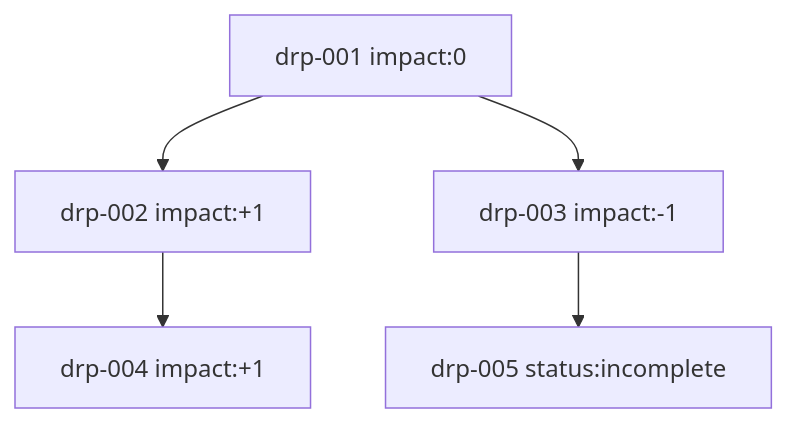
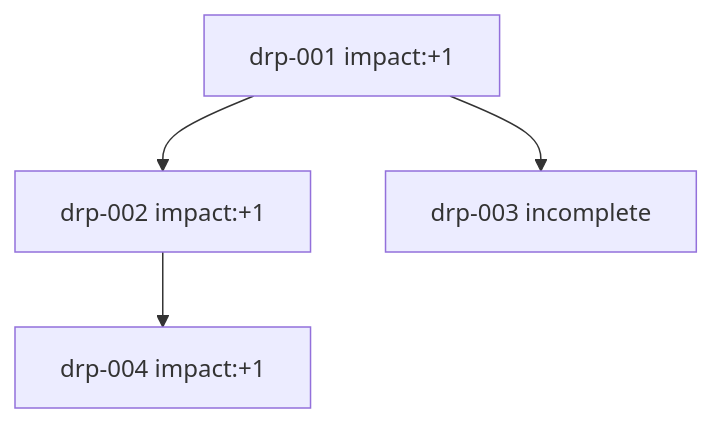
Before and after one commit to urus966/self-creation-protocol: the first of 2 diagrams in docs/protocols/Decision_Record_Protocol.md, drawn with Mermaid. The commit also changed other lines of this file, not shown here.

Commit message:
Polish DRP docs structure, examples, and protocol links

````diff
--- a/docs/protocols/Decision_Record_Protocol.md
+++ b/docs/protocols/Decision_Record_Protocol.md
@@ -300,7 +362,6 @@
 ```mermaid
 graph TD
-  A[drp-001 impact:0] --> B[drp-002 impact:+1]
-  A --> C[drp-003 impact:-1]
+  A[drp-001 impact:+1] --> B[drp-002 impact:+1]
+  A --> C[drp-003 incomplete]
   B --> D[drp-004 impact:+1]
-  C --> E[drp-005 status:incomplete]
 ```
````
